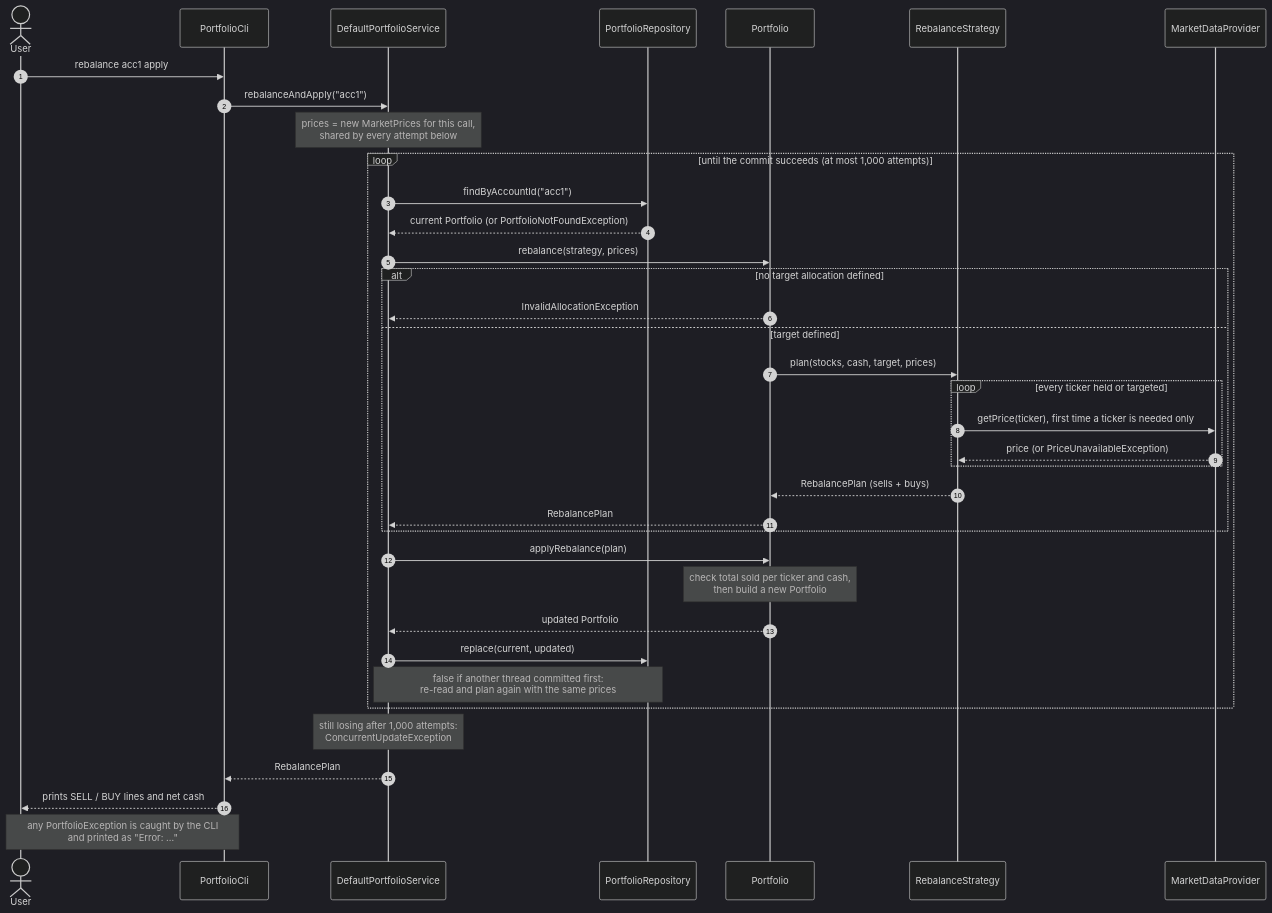
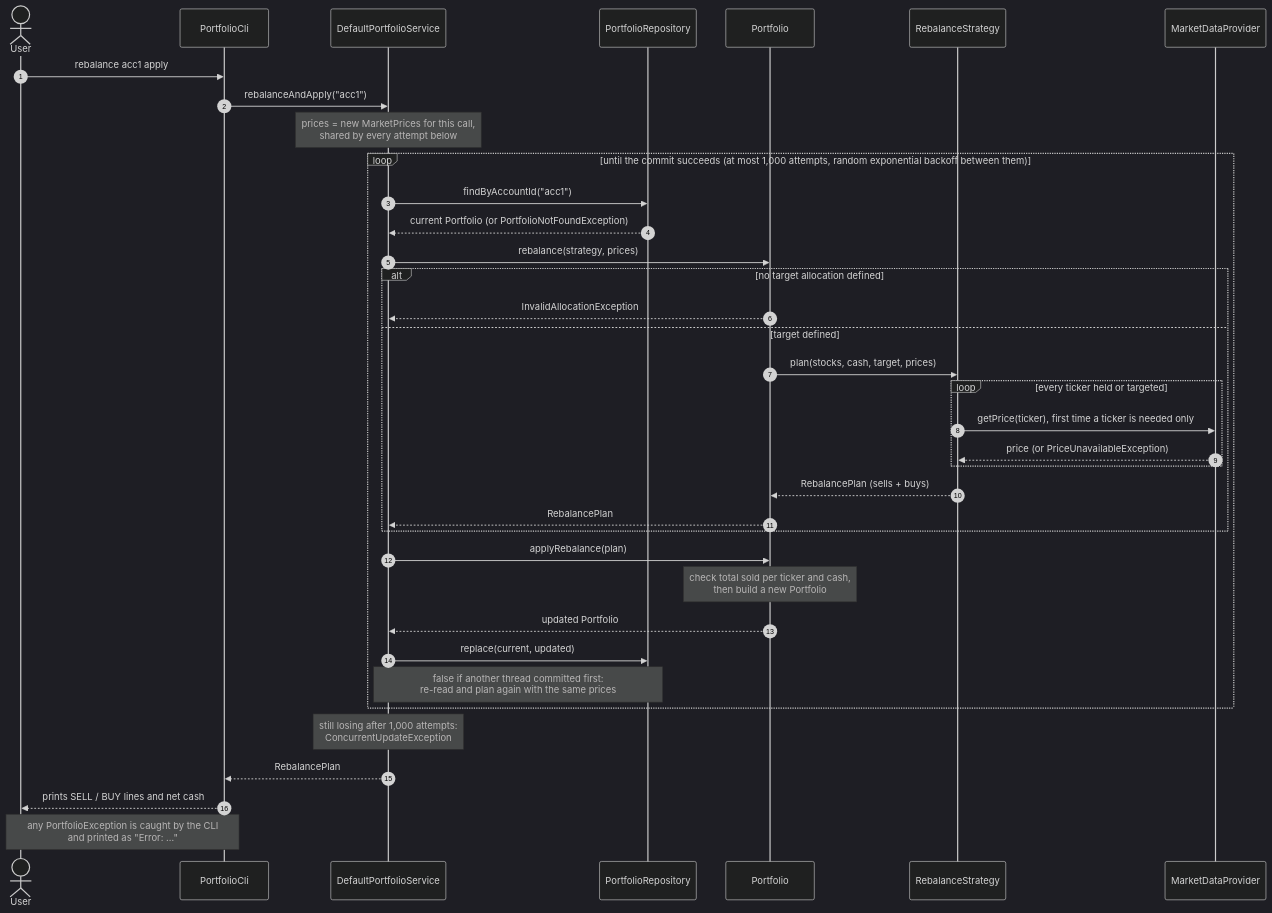
Before and after one commit to carlos-vegamu/PortfolioManagement: the third of 5 diagrams in docs/ARCHITECTURE.md, drawn with Mermaid (dark theme). The commit also changed other lines of this file and 6 other files, not shown here.

````diff
--- a/docs/ARCHITECTURE.md
+++ b/docs/ARCHITECTURE.md
@@ -230,41 +230,41 @@
 ```mermaid
 sequenceDiagram
     autonumber
     actor User
     participant CLI as PortfolioCli
     participant Svc as DefaultPortfolioService
     participant Repo as PortfolioRepository
     participant PF as Portfolio
     participant Strat as RebalanceStrategy
     participant Mkt as MarketDataProvider
 
     User->>CLI: rebalance acc1 apply
     CLI->>Svc: rebalanceAndApply("acc1")
     Note over Svc: prices = new MarketPrices for this call,<br/>shared by every attempt below
-    loop until the commit succeeds (at most 1,000 attempts)
+    loop until the commit succeeds (at most 1,000 attempts, random exponential backoff between them)
         Svc->>Repo: findByAccountId("acc1")
         Repo-->>Svc: current Portfolio (or PortfolioNotFoundException)
         Svc->>PF: rebalance(strategy, prices)
         alt no target allocation defined
             PF-->>Svc: InvalidAllocationException
         else target defined
             PF->>Strat: plan(stocks, cash, target, prices)
             loop every ticker held or targeted
                 Strat->>Mkt: getPrice(ticker), first time a ticker is needed only
                 Mkt-->>Strat: price (or PriceUnavailableException)
             end
             Strat-->>PF: RebalancePlan (sells + buys)
             PF-->>Svc: RebalancePlan
         end
         Svc->>PF: applyRebalance(plan)
         Note over PF: check total sold per ticker and cash,<br/>then build a new Portfolio
         PF-->>Svc: updated Portfolio
         Svc->>Repo: replace(current, updated)
         Note over Svc,Repo: false if another thread committed first:<br/>re-read and plan again with the same prices
     end
     Note over Svc: still losing after 1,000 attempts:<br/>ConcurrentUpdateException
     Svc-->>CLI: RebalancePlan
     CLI-->>User: prints SELL / BUY lines and net cash
 
     Note over CLI,User: any PortfolioException is caught by the CLI<br/>and printed as "Error: …"
 ```
````
